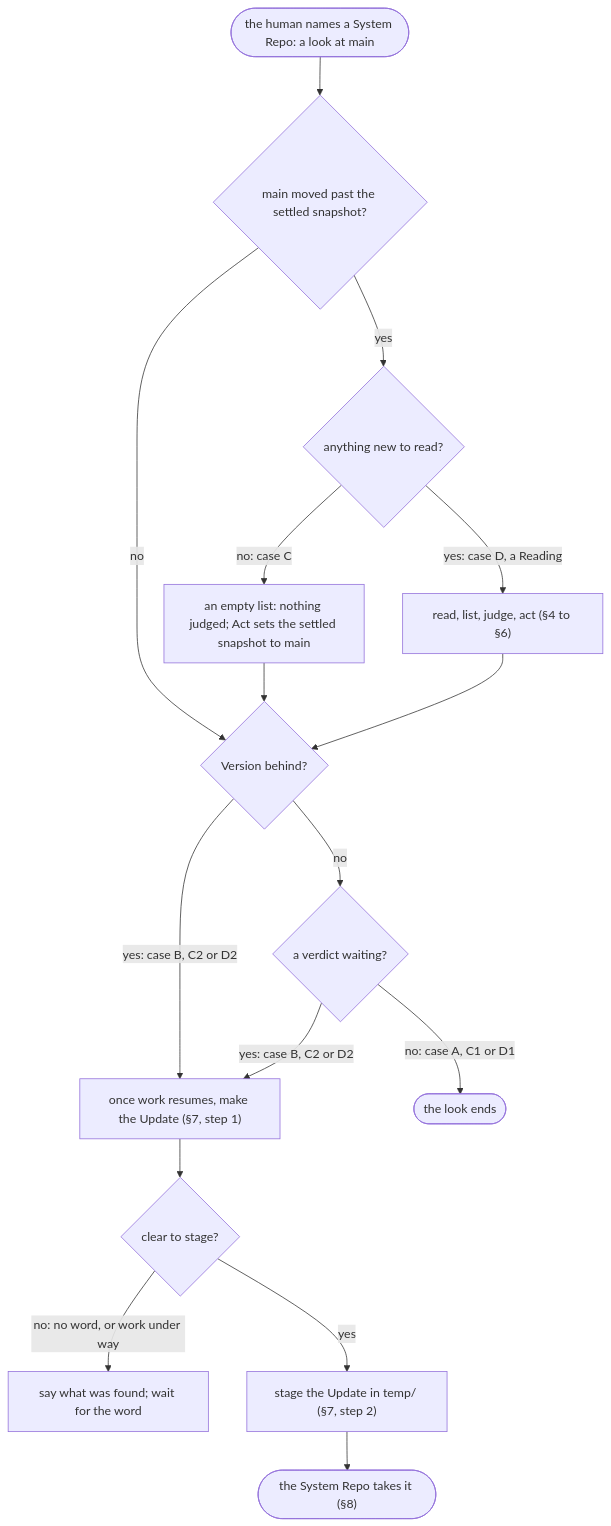
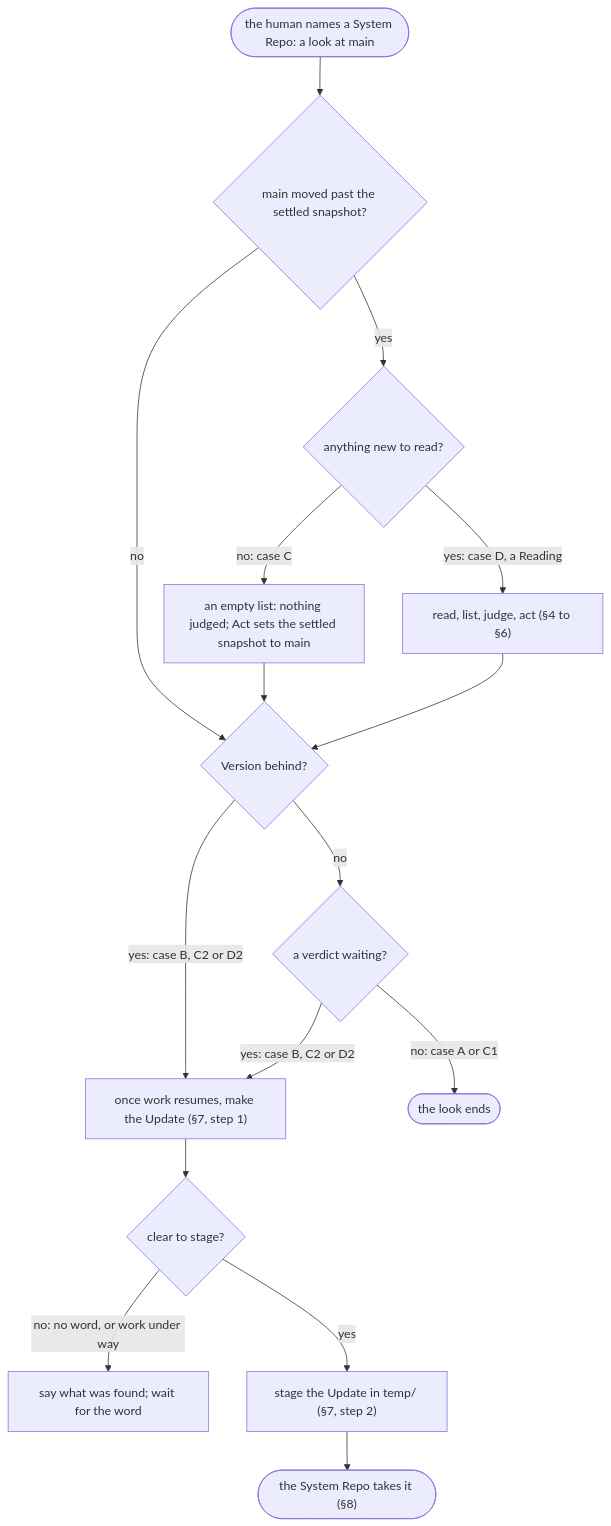
Before and after one commit to edgaras87/correctness-by-construction: the diagram in temp/common-ground/system-repo-change-flow.md, drawn with Mermaid. The commit also changed other lines of this file and 1 other file, not shown here.

Commit message:
docs: temp's simulated case becomes depth b
The case followed through every step is now a Change the System
Kit takes. Depth a leaves the table and Change whole for §2's
Known, not ruled, as a Change the System Kit does not take: its
own, unsound, misread or held. Case D1 goes with it, and the look
ends in one of five cases. The flow file's look follows.

````diff
--- a/temp/common-ground/system-repo-change-flow.md
+++ b/temp/common-ground/system-repo-change-flow.md
@@ -44,18 +44,18 @@
 ```mermaid
 flowchart TD
   start(["the human names a System Repo: a look at main"]) --> c1{"main moved past the settled snapshot?"}
   c1 -- yes --> c2{"anything new to read?"}
   c1 -- no --> c3
   c2 -- "no: case C" --> C["an empty list: nothing judged; Act sets the settled snapshot to main"]
   c2 -- "yes: case D, a Reading" --> D["read, list, judge, act (§4 to §6)"]
   C --> c3
   D --> c3{"Version behind?"}
   c3 -- "yes: case B, C2 or D2" --> make["once work resumes, make the Update (§7, step 1)"]
   c3 -- no --> v{"a verdict waiting?"}
   v -- "yes: case B, C2 or D2" --> make
-  v -- "no: case A, C1 or D1" --> none(["the look ends"])
+  v -- "no: case A or C1" --> none(["the look ends"])
   make --> ok{"clear to stage?"}
   ok -- "no: no word, or work under way" --> wait["say what was found; wait for the word"]
   ok -- yes --> stage["stage the Update in temp/ (§7, step 2)"]
   stage --> take(["the System Repo takes it (§8)"])
 ```
````
